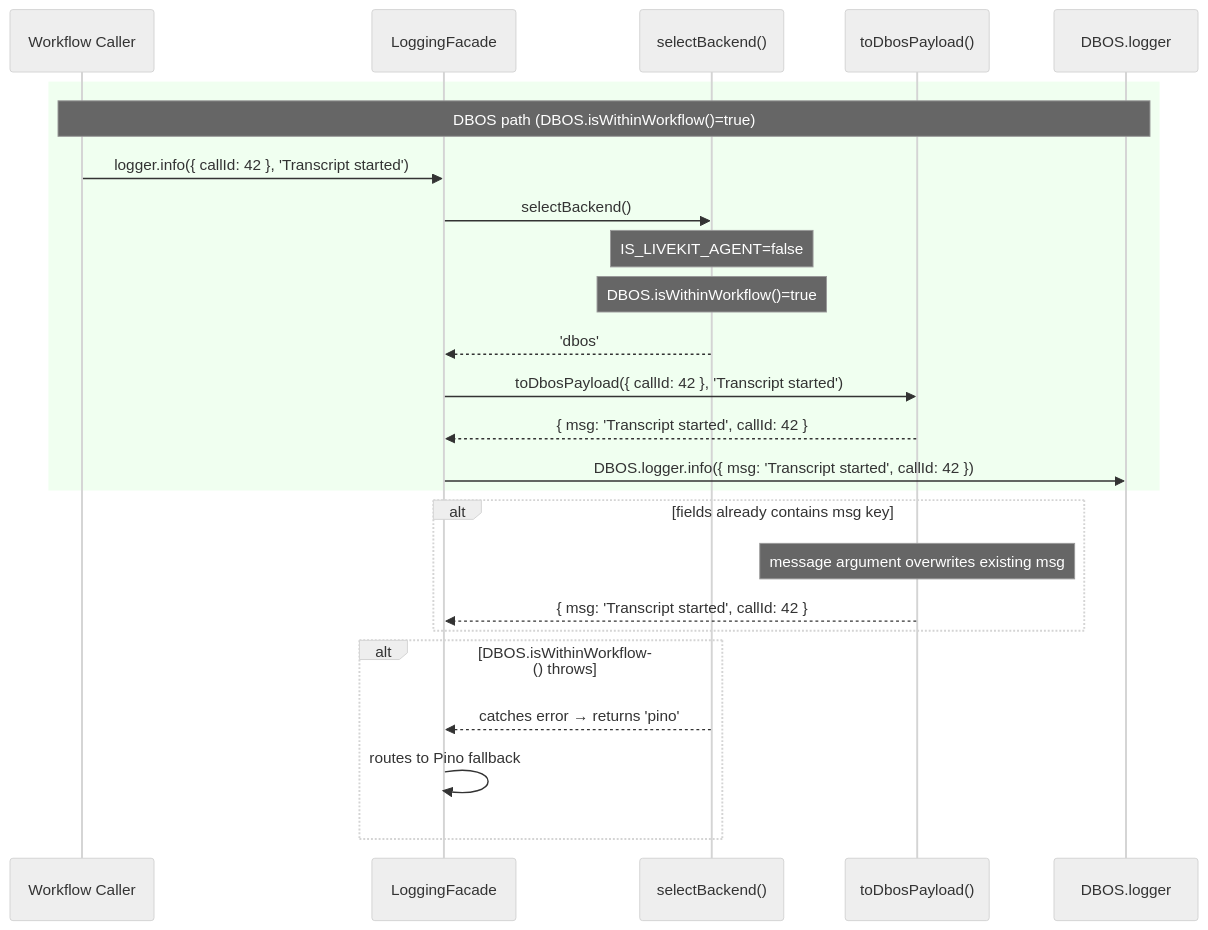
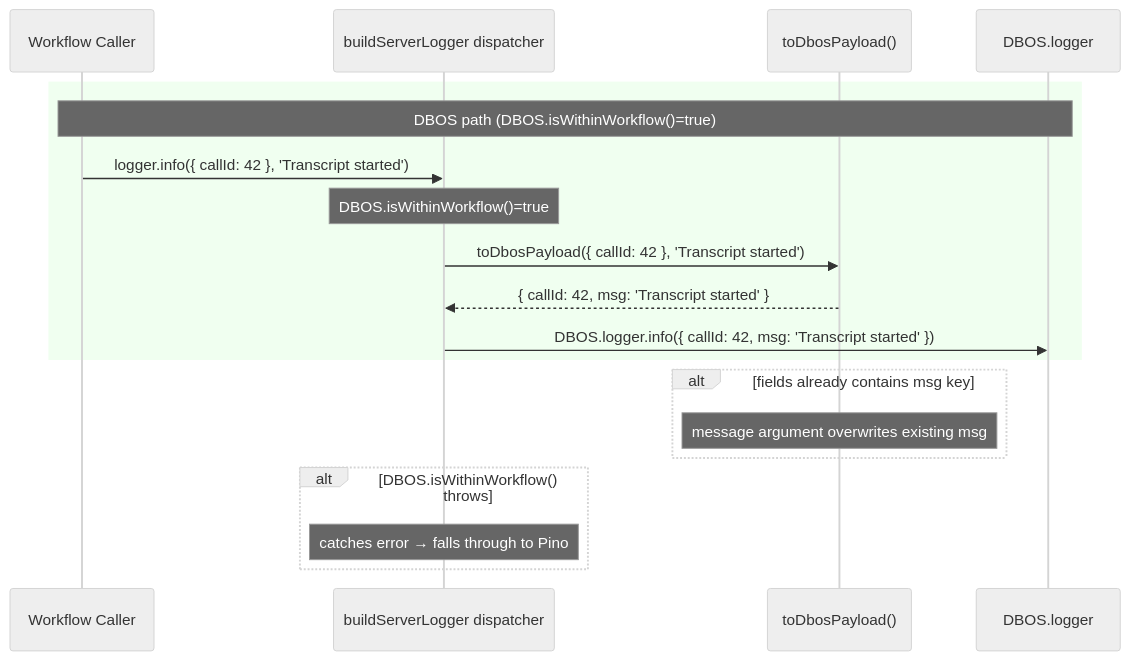
One commit to phonetastic-eng/phonetastic-server changed the second of 7 diagrams in docs/logging-facade-design.md. Above: the diagram before and after it, drawn with Mermaid (neutral theme). The commit also changed other lines of this file and 9 other files, not shown here.

````diff
--- a/docs/logging-facade-design.md
+++ b/docs/logging-facade-design.md
@@ -44,30 +42,24 @@
 ```mermaid
 sequenceDiagram
     participant W as Workflow Caller
-    participant F as LoggingFacade
-    participant O as selectBackend()
+    participant F as buildServerLogger dispatcher
     participant A as toDbosPayload()
     participant D as DBOS.logger
 
     rect rgb(240, 255, 240)
     note over W,D: DBOS path (DBOS.isWithinWorkflow()=true)
     W->>F: logger.info({ callId: 42 }, 'Transcript started')
-    F->>O: selectBackend()
-    note over O: IS_LIVEKIT_AGENT=false
-    note over O: DBOS.isWithinWorkflow()=true
-    O-->>F: 'dbos'
+    note over F: DBOS.isWithinWorkflow()=true
     F->>A: toDbosPayload({ callId: 42 }, 'Transcript started')
-    A-->>F: { msg: 'Transcript started', callId: 42 }
-    F->>D: DBOS.logger.info({ msg: 'Transcript started', callId: 42 })
+    A-->>F: { callId: 42, msg: 'Transcript started' }
+    F->>D: DBOS.logger.info({ callId: 42, msg: 'Transcript started' })
     end
 
     alt fields already contains msg key
         note over A: message argument overwrites existing msg
-        A-->>F: { msg: 'Transcript started', callId: 42 }
     end
 
     alt DBOS.isWithinWorkflow() throws
-        O-->>F: catches error → returns 'pino'
-        F->>F: routes to Pino fallback
+        note over F: catches error → falls through to Pino
     end
 ```
````
